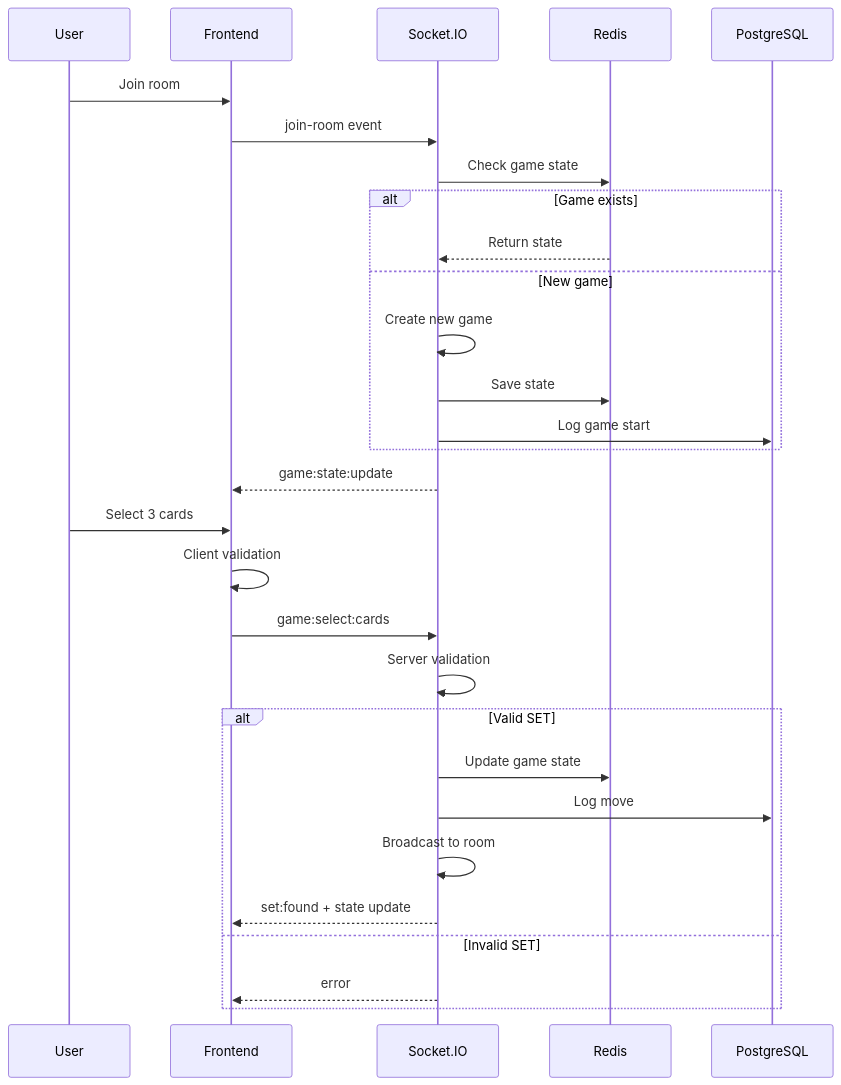
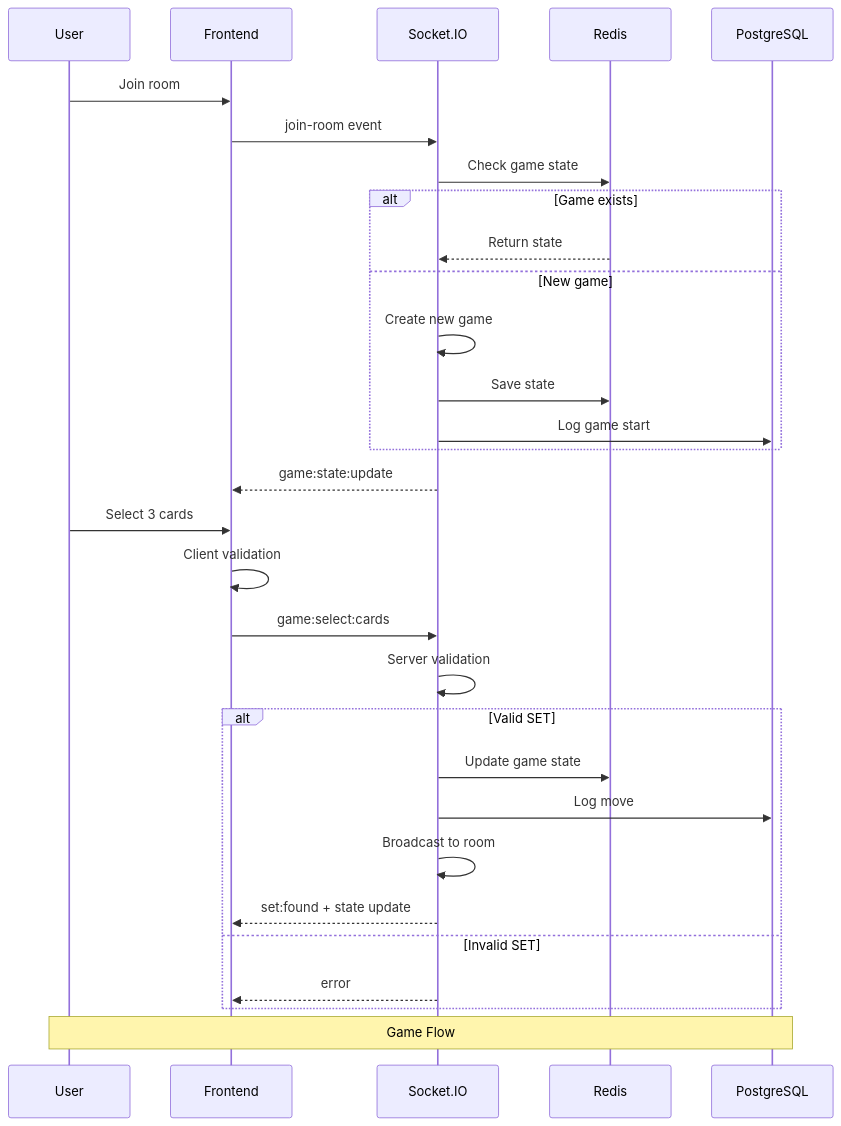
Before and after one commit to hamza-berahma/set-game: the third of 5 diagrams in docs/architecture.md, drawn with Mermaid. The commit also changed other lines of this file and 7 other files, not shown here.

````diff
--- a/docs/architecture.md
+++ b/docs/architecture.md
@@ -94,34 +106,36 @@
 ```mermaid
 sequenceDiagram
     participant Player as User
     participant Frontend
     participant Socket as Socket.IO
     participant Redis
     participant DB as PostgreSQL
     
     Player->>Frontend: Join room
     Frontend->>Socket: join-room event
     Socket->>Redis: Check game state
     alt Game exists
         Redis-->>Socket: Return state
     else New game
         Socket->>Socket: Create new game
         Socket->>Redis: Save state
         Socket->>DB: Log game start
     end
     Socket-->>Frontend: game:state:update
     
     Player->>Frontend: Select 3 cards
     Frontend->>Frontend: Client validation
     Frontend->>Socket: game:select:cards
     Socket->>Socket: Server validation
     
     alt Valid SET
         Socket->>Redis: Update game state
         Socket->>DB: Log move
         Socket->>Socket: Broadcast to room
         Socket-->>Frontend: set:found + state update
     else Invalid SET
         Socket-->>Frontend: error
     end
+    
+    Note over Player,DB: Game Flow
 ```
````
